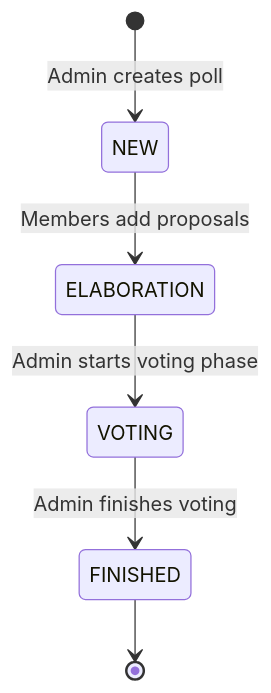
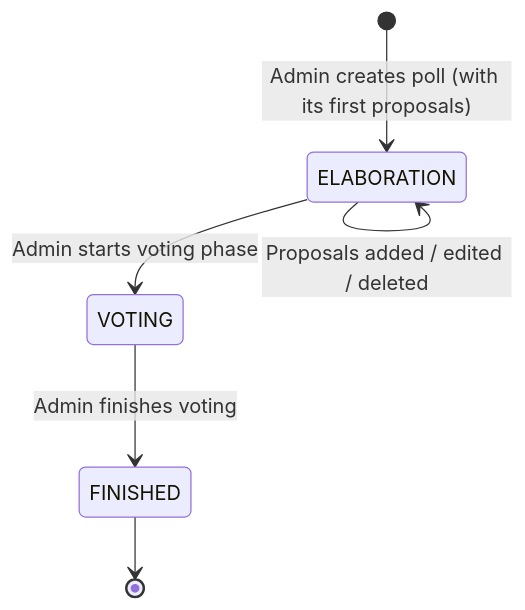
The third of 3 diagrams in doc/liquido-architecture.md (Doogiemuc/liquido-mobile-pwa-vue3), drawn with Mermaid before and after one commit. The commit also changed other lines of this file and 1 other file, not shown here.

First line of the commit message:
[doc] Add CLAUDE.md, and bring the architecture doc up to date

````diff
--- a/doc/liquido-architecture.md
+++ b/doc/liquido-architecture.md
@@ -206,8 +321,8 @@
 ```mermaid
 stateDiagram-v2
-    [*] --> NEW: Admin creates poll
-    NEW --> ELABORATION: Members add proposals
+    [*] --> ELABORATION: Admin creates poll (with its first proposals)
+    ELABORATION --> ELABORATION: Proposals added / edited / deleted
     ELABORATION --> VOTING: Admin starts voting phase
     VOTING --> FINISHED: Admin finishes voting
     FINISHED --> [*]
 ```
````
